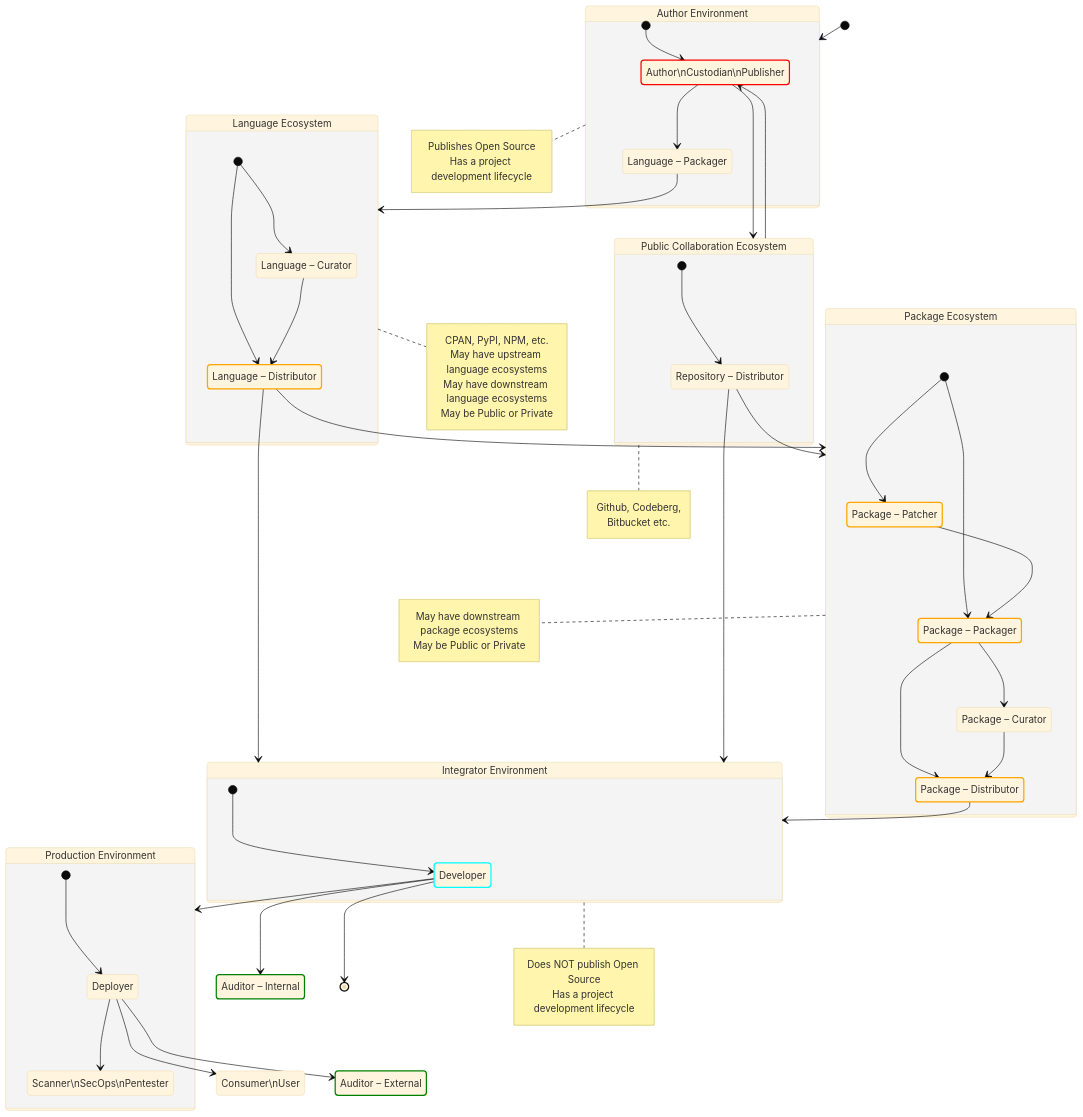
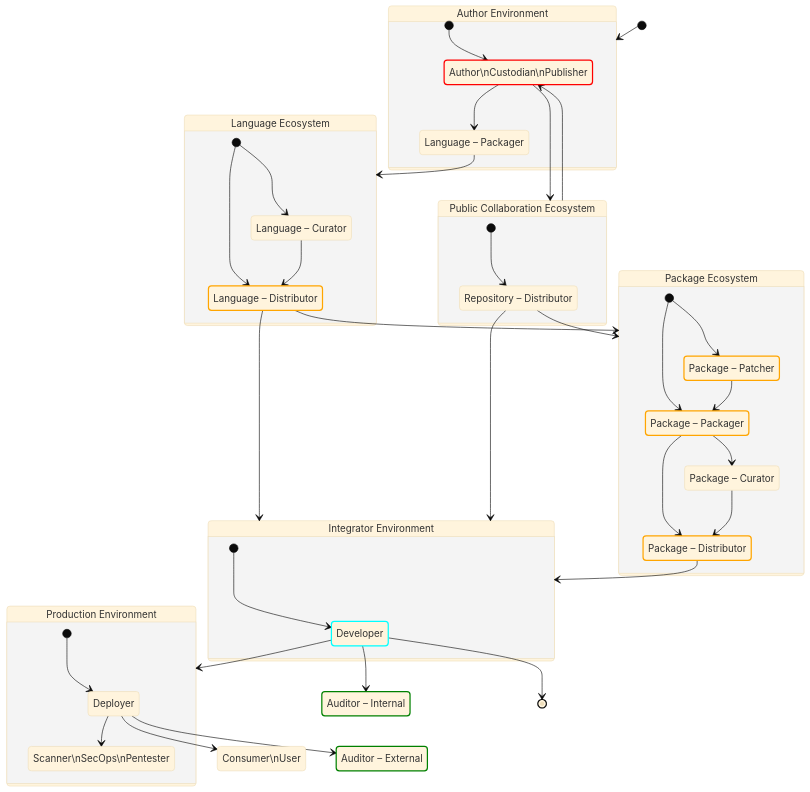
Before and after one commit to CPAN-Security/security.metacpan.org: the diagram in docs/supplychain-sbom.md, drawn with Mermaid (base theme). The commit also changed other lines of this file, not shown here.

Commit message:
Add supply-chain ecosystems section; Move notes out of the graph, to simplify

```diff
--- a/docs/supplychain-sbom.md
+++ b/docs/supplychain-sbom.md
@@ -77,11 +77,6 @@
     ecosystem_repo --> author
     language_packager --> ecosystem_lang
 
-    note right of ecosystem_author
-        Publishes Open Source
-        Has a project development lifecycle
-    end note
-
     state "Language Ecosystem" as ecosystem_lang {
         [*] --> language_distributor
         [*] --> language_curator
@@ -91,24 +86,12 @@
     language_distributor --> ecosystem_integrator
     language_distributor --> ecosystem_package
 
-    note right of ecosystem_lang
-        CPAN, PyPI, NPM, etc.
-        May have upstream language ecosystems
-        May have downstream language ecosystems
-        May be Public or Private
-    end note
-
     state "Public Collaboration Ecosystem" as ecosystem_repo {
         [*] --> repository_distributor
     }
 
     repository_distributor --> ecosystem_package
     repository_distributor --> ecosystem_integrator
-
-    note right of ecosystem_repo
-        Github, Codeberg,
-        Bitbucket etc.
-    end note
 
     state "Package Ecosystem" as ecosystem_package {
         [*] --> package_patcher
@@ -119,21 +102,11 @@
         package_curator --> package_distributor
     }
 
-    note right of ecosystem_package
-        May have downstream package ecosystems
-        May be Public or Private
-    end note
-
     package_distributor --> ecosystem_integrator
 
     state "Integrator Environment" as ecosystem_integrator {
         [*] --> developer
     }
-
-    note right of ecosystem_integrator
-        Does NOT publish Open Source
-        Has a project development lifecycle
-    end note
 
     developer --> auditor_internal
     developer --> ecosystem_prod
```
